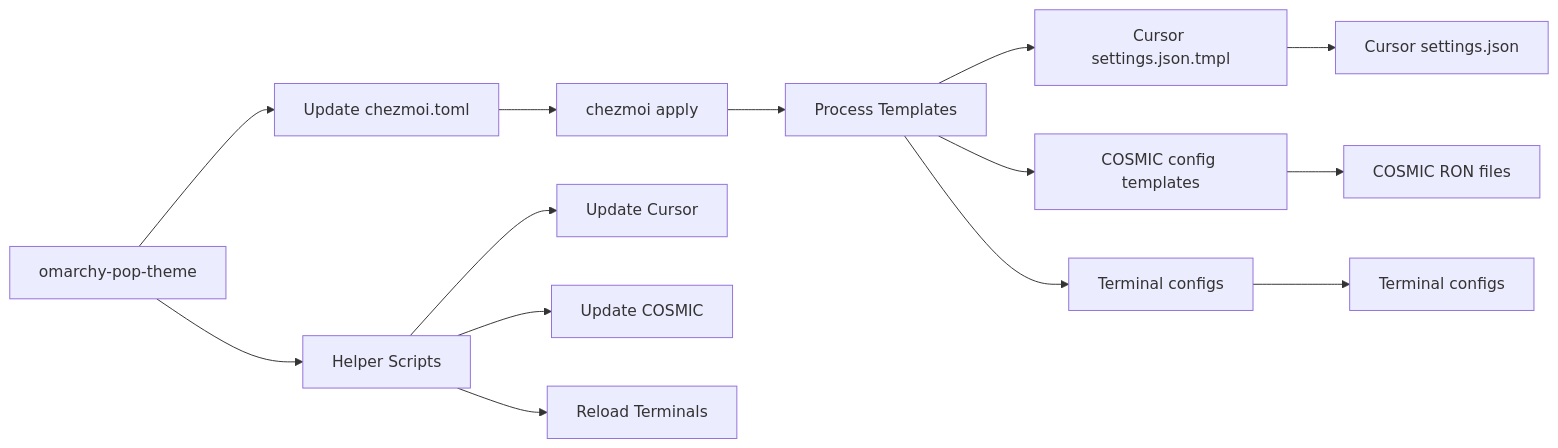
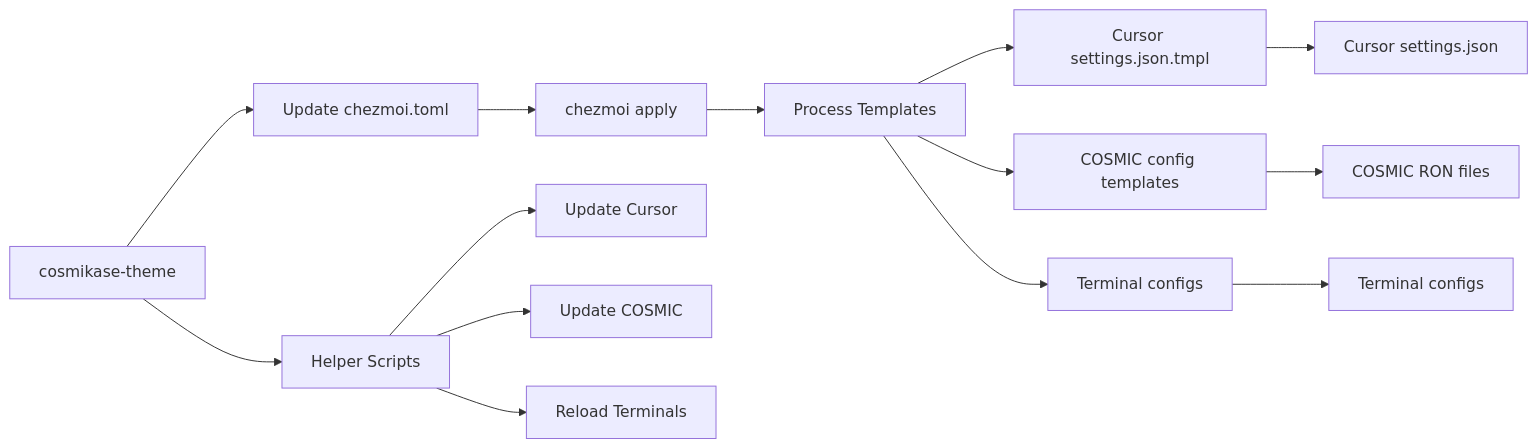
Before and after one commit to paulbrav/cosmikase: the fifth of 7 diagrams in docs/architecture.md, drawn with Mermaid. The commit also changed other lines of this file and 8 other files, not shown here.

````diff
--- a/docs/architecture.md
+++ b/docs/architecture.md
@@ -320,19 +320,19 @@
 ```mermaid
 flowchart LR
-    ThemeSwitch[omarchy-pop-theme] --> UpdateData[Update chezmoi.toml]
+    ThemeSwitch[cosmikase-theme] --> UpdateData[Update chezmoi.toml]
     UpdateData --> ChezmoiApply[chezmoi apply]
     ChezmoiApply --> ProcessTemplates[Process Templates]
     
     ProcessTemplates --> CursorTemplate[Cursor settings.json.tmpl]
     ProcessTemplates --> CosmicTemplate[COSMIC config templates]
     ProcessTemplates --> TerminalTemplate[Terminal configs]
     
     CursorTemplate --> CursorConfig[Cursor settings.json]
     CosmicTemplate --> CosmicConfig[COSMIC RON files]
     TerminalTemplate --> TerminalConfig[Terminal configs]
     
     ThemeSwitch --> HelperScripts[Helper Scripts]
     HelperScripts --> LiveCursor[Update Cursor]
     HelperScripts --> LiveCosmic[Update COSMIC]
     HelperScripts --> LiveTerminals[Reload Terminals]
 ```
````
